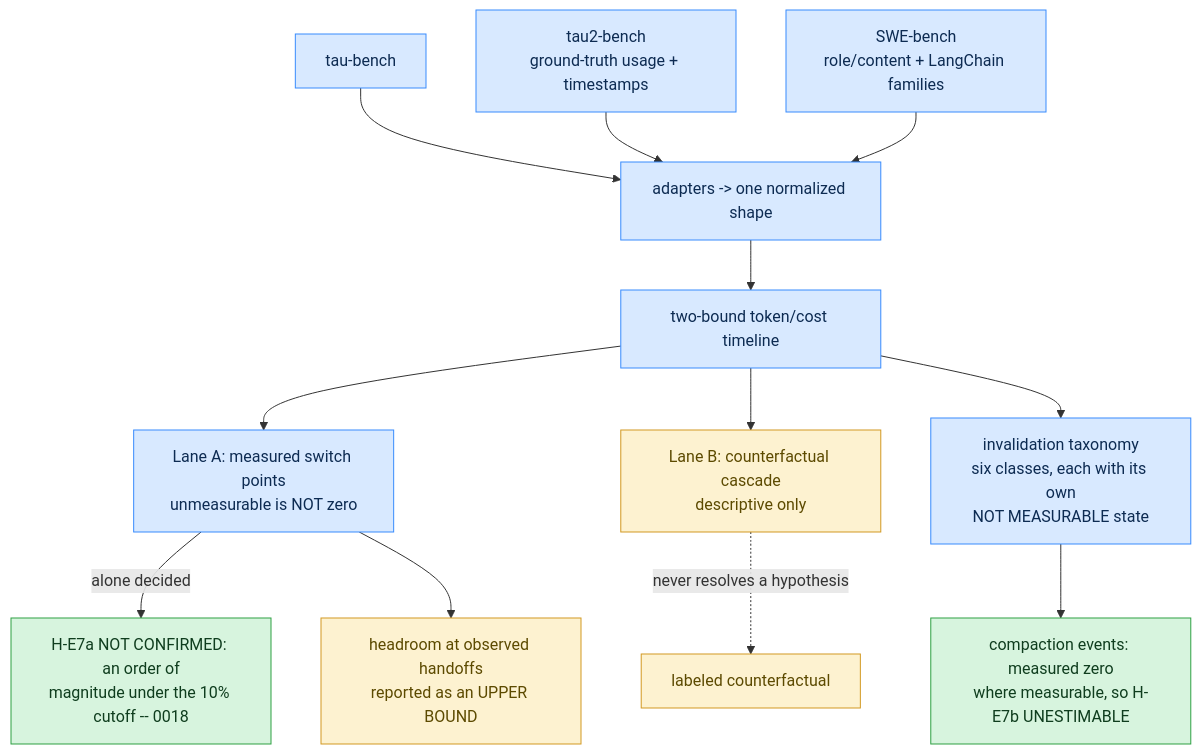
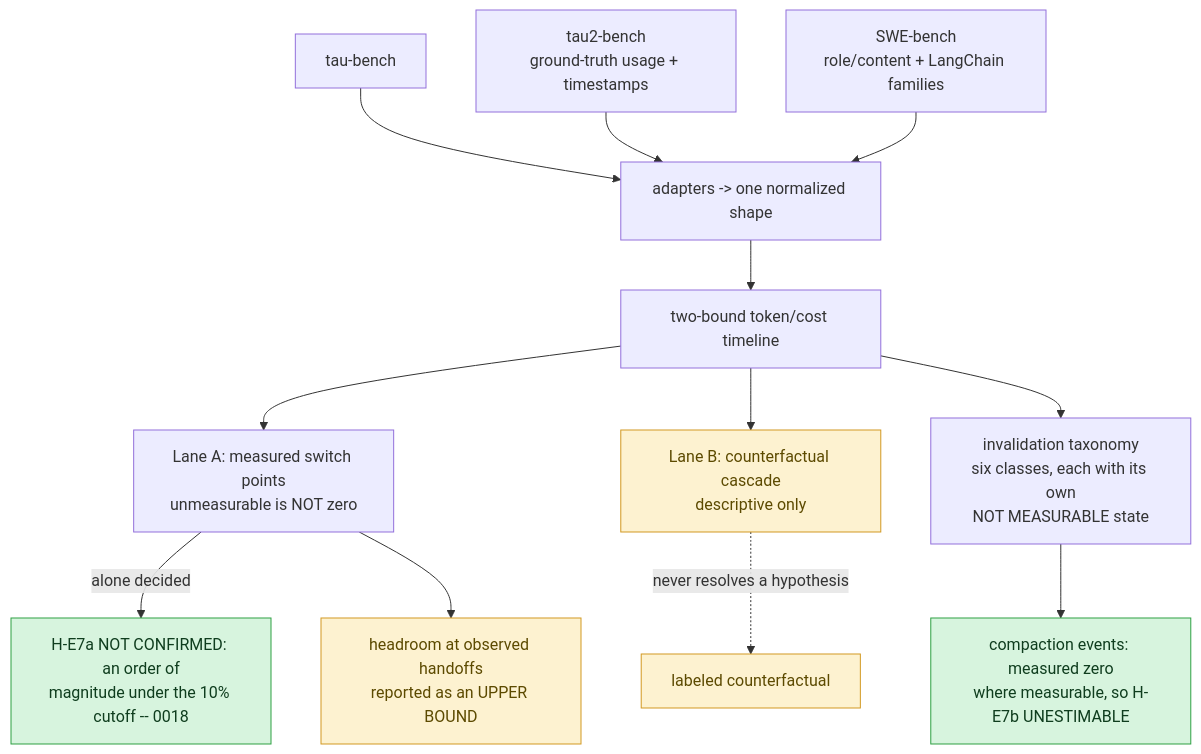
Before and after one commit to hossainpazooki/linear-ceiling: the third of 7 diagrams in README.md, drawn with Mermaid. The commit also changed other lines of this file and 5 other files, not shown here.

Commit message:
docs: E0 scoping caveat in background; staleness audit across living docs; leaner diagram palette

````diff
--- a/README.md
+++ b/README.md
@@ -106,20 +100,18 @@
 ```mermaid
 flowchart TD
     T1[tau-bench] --> P[adapters -> one normalized shape]
     T2[tau2-bench<br/>ground-truth usage + timestamps] --> P
     T3[SWE-bench<br/>role/content + LangChain families] --> P
     P --> C[two-bound token/cost timeline]
     C --> A["Lane A: measured switch points<br/>unmeasurable is NOT zero"]
     C --> B["Lane B: counterfactual cascade<br/>descriptive only"]
     A -->|alone decided| HA[H-E7a NOT CONFIRMED: an order of<br/>magnitude under the 10% cutoff -- 0018]
     A --> HR[headroom at observed handoffs<br/>reported as an UPPER BOUND]
     B -.->|never resolves a hypothesis| DESC[labeled counterfactual]
     C --> TAX[invalidation taxonomy<br/>six classes, each with its own<br/>NOT MEASURABLE state]
     TAX --> CB[compaction events: measured zero<br/>where measurable, so H-E7b UNESTIMABLE]
-    classDef data fill:#d8e9ff,stroke:#388bfd,color:#0d2b52;
     classDef verdict fill:#d7f4de,stroke:#2ea043,color:#0f3d1e;
     classDef bounded fill:#fdf2d0,stroke:#d29922,color:#5c4a00;
-    class T1,T2,T3,P,C,A,TAX data;
     class HA,CB verdict;
     class B,HR,DESC bounded;
 ```
````
